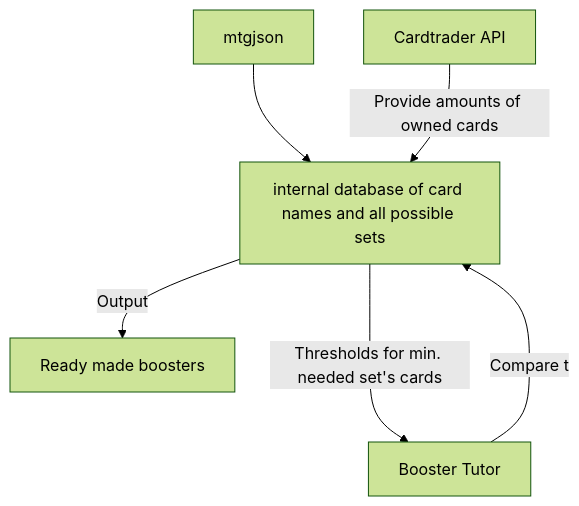
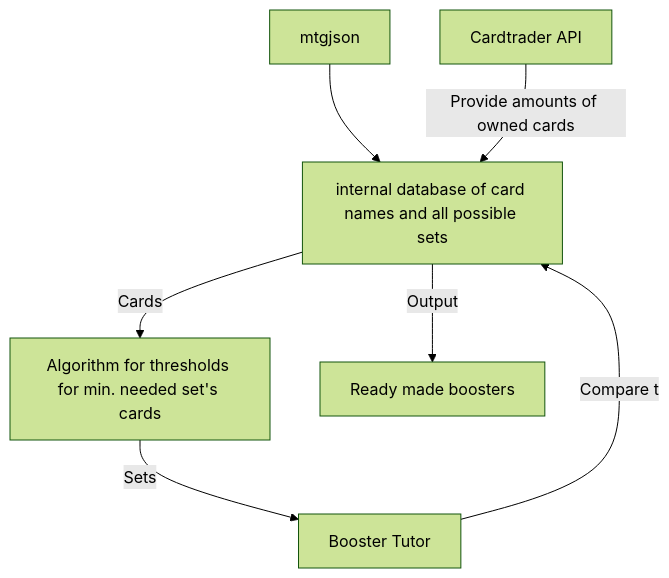
Before and after one commit to suitsuke/draftboostergenerator: the diagram in requirementspecifications.md, drawn with Mermaid (forest theme). The commit also changed other lines of this file, not shown here.

````diff
--- a/requirementspecifications.md
+++ b/requirementspecifications.md
@@ -5,8 +5,9 @@
 ```mermaid
 flowchart TD
 C[mtgjson]-->B[internal database of card names and all possible sets]
 A[Cardtrader API]--Provide amounts of owned cards-->B
-B--Thresholds for min. needed set's cards-->D[Booster Tutor]
+B--Cards-->F[Algorithm for thresholds for min. needed set's cards]
+F--Sets-->D[Booster Tutor]
 D--Compare to-->B
 B--Output-->E[Ready made boosters]
 ```
````
